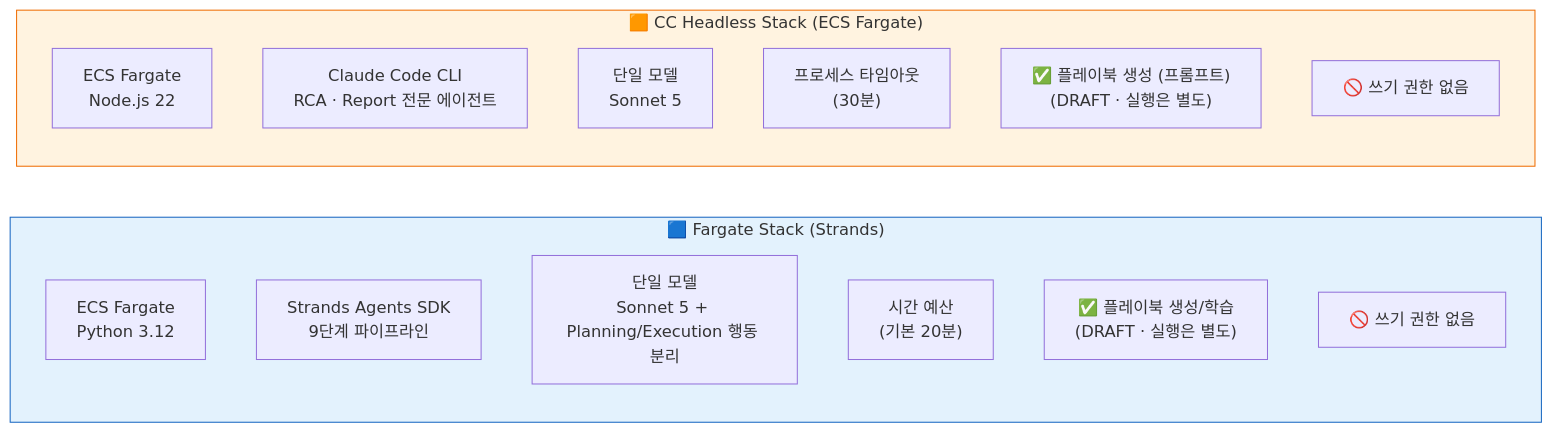
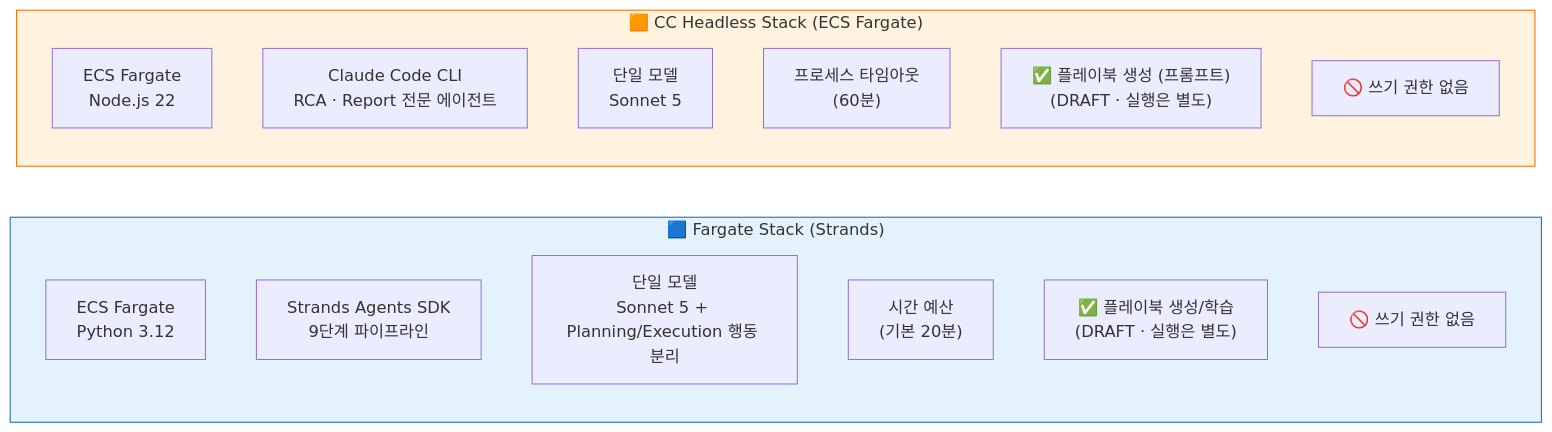
One commit to haandol/rca-agent changed the fifth of 25 diagrams in docs/system-guide-for-ops.md. Above: the diagram before and after it, drawn with Mermaid. The commit also changed other lines of this file and 2 other files, not shown here.

First line of the commit message:
docs: bring the diagrams to the values the code now enforces

````diff
--- a/docs/system-guide-for-ops.md
+++ b/docs/system-guide-for-ops.md
@@ -319,25 +320,25 @@
 ```mermaid
 graph LR
     subgraph Fargate["🟦 Fargate Stack (Strands)"]
         direction TB
         F_ENV["ECS Fargate<br/>Python 3.12"]
         F_SDK["Strands Agents SDK<br/>9단계 파이프라인"]
         F_MODEL["단일 모델<br/>Sonnet 5 + Planning/Execution 행동 분리"]
         F_TIME["시간 예산<br/>(기본 20분)"]
         F_PLAY["✅ 플레이북 생성/학습<br/>(DRAFT · 실행은 별도)"]
         F_WRITE["🚫 쓰기 권한 없음"]
     end
 
     subgraph CcStack["🟧 CC Headless Stack (ECS Fargate)"]
         direction TB
         L_ENV["ECS Fargate<br/>Node.js 22"]
         L_SDK["Claude Code CLI<br/>RCA · Report 전문 에이전트"]
         L_MODEL["단일 모델<br/>Sonnet 5"]
-        L_TIME["프로세스 타임아웃<br/>(30분)"]
+        L_TIME["프로세스 타임아웃<br/>(60분)"]
         L_PLAY["✅ 플레이북 생성 (프롬프트)<br/>(DRAFT · 실행은 별도)"]
         L_WRITE["🚫 쓰기 권한 없음"]
     end
 
     style Fargate fill:#e3f2fd,stroke:#1565c0
     style CcStack fill:#fff3e0,stroke:#ef6c00
 ```
````
